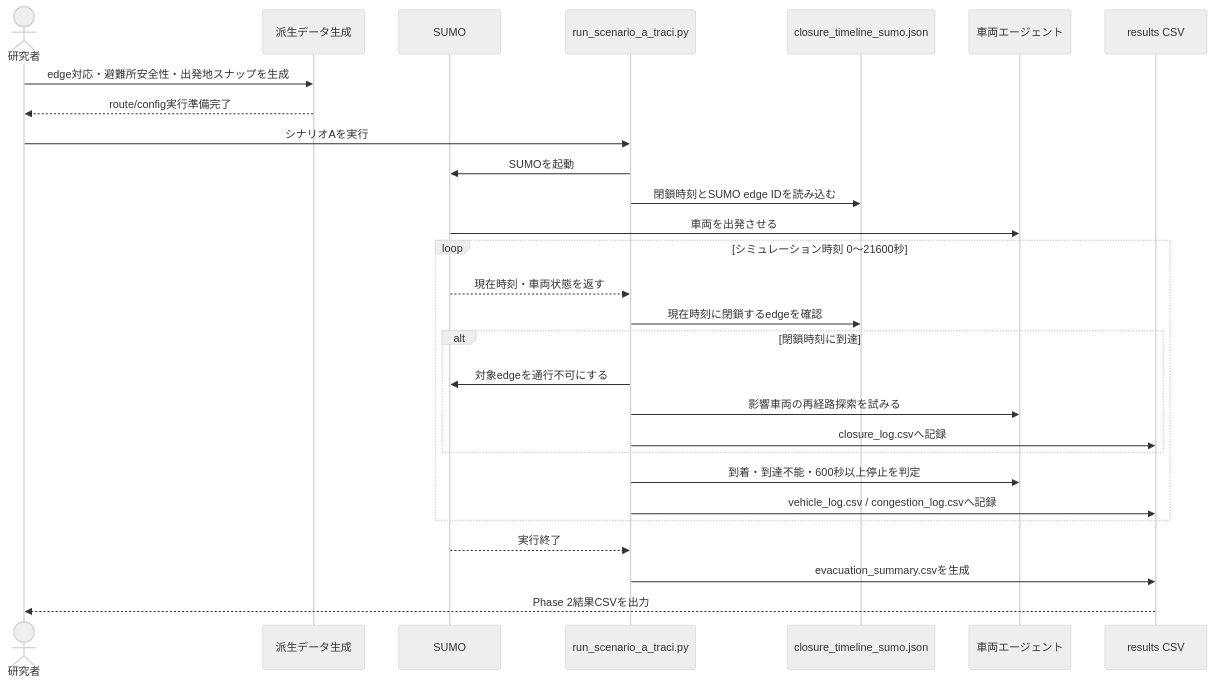
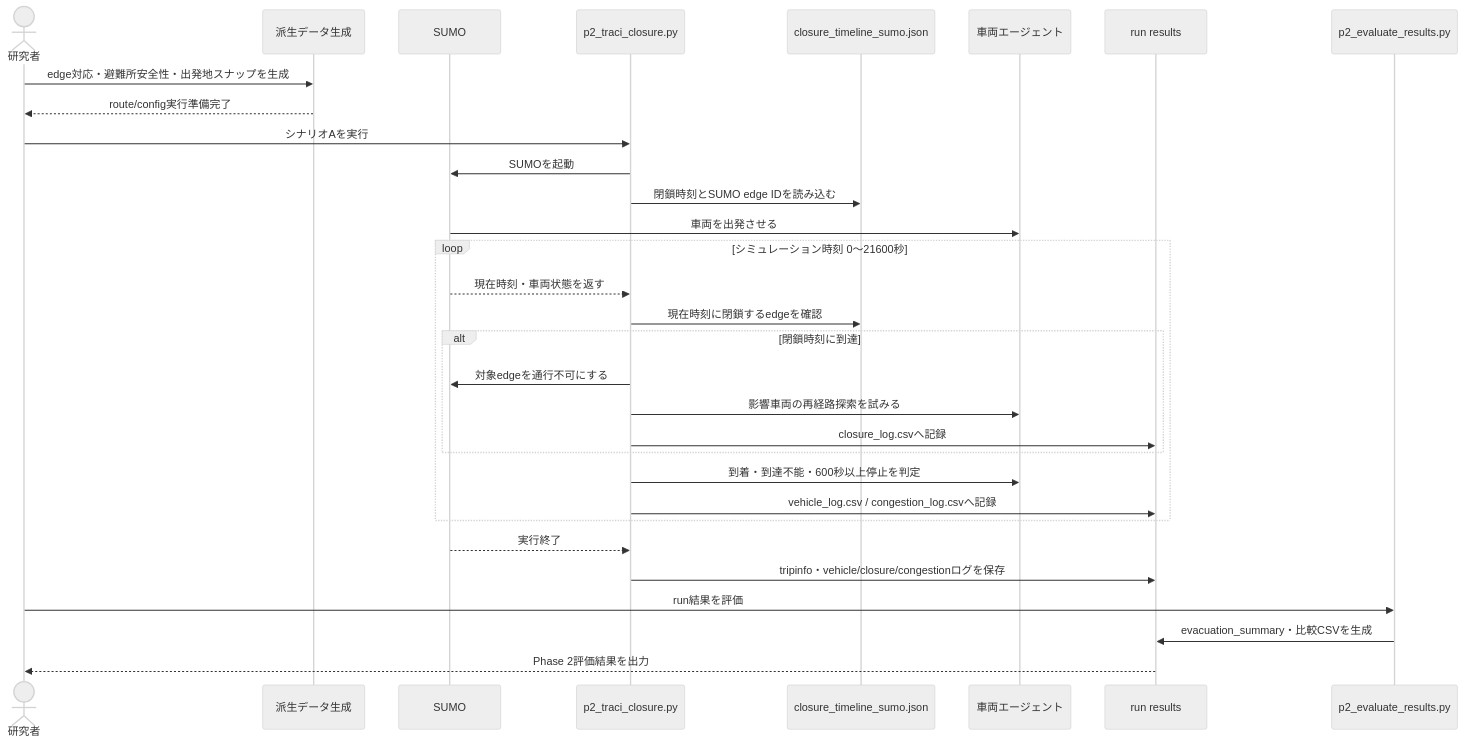
Before and after one commit to 23f302020/joso-evacuation-simulation: diagram 11 of 12 in 03_研究設計文書/図表・UML/シーケンス図.md, drawn with Mermaid (neutral theme). The commit also changed other lines of this file and 313 other files, not shown here.

````diff
--- a/03_研究設計文書/図表・UML/シーケンス図.md
+++ b/03_研究設計文書/図表・UML/シーケンス図.md
@@ -394,34 +395,37 @@
 ```mermaid
 sequenceDiagram
     actor 研究者
     participant Prep as 派生データ生成
     participant SUMO as SUMO
-    participant TraCI as run_scenario_a_traci.py
+    participant TraCI as p2_traci_closure.py
     participant Closure as closure_timeline_sumo.json
     participant Vehicle as 車両エージェント
-    participant Result as results CSV
+    participant Result as run results
+    participant Eval as p2_evaluate_results.py
 
     研究者->>Prep: edge対応・避難所安全性・出発地スナップを生成
     Prep-->>研究者: route/config実行準備完了
 
     研究者->>TraCI: シナリオAを実行
     TraCI->>SUMO: SUMOを起動
     TraCI->>Closure: 閉鎖時刻とSUMO edge IDを読み込む
     SUMO->>Vehicle: 車両を出発させる
 
     loop シミュレーション時刻 0〜21600秒
         SUMO-->>TraCI: 現在時刻・車両状態を返す
         TraCI->>Closure: 現在時刻に閉鎖するedgeを確認
         alt 閉鎖時刻に到達
             TraCI->>SUMO: 対象edgeを通行不可にする
             TraCI->>Vehicle: 影響車両の再経路探索を試みる
             TraCI->>Result: closure_log.csvへ記録
         end
         TraCI->>Vehicle: 到着・到達不能・600秒以上停止を判定
         TraCI->>Result: vehicle_log.csv / congestion_log.csvへ記録
     end
 
     SUMO-->>TraCI: 実行終了
-    TraCI->>Result: evacuation_summary.csvを生成
-    Result-->>研究者: Phase 2結果CSVを出力
+    TraCI->>Result: tripinfo・vehicle/closure/congestionログを保存
+    研究者->>Eval: run結果を評価
+    Eval->>Result: evacuation_summary・比較CSVを生成
+    Result-->>研究者: Phase 2評価結果を出力
 ```
````
